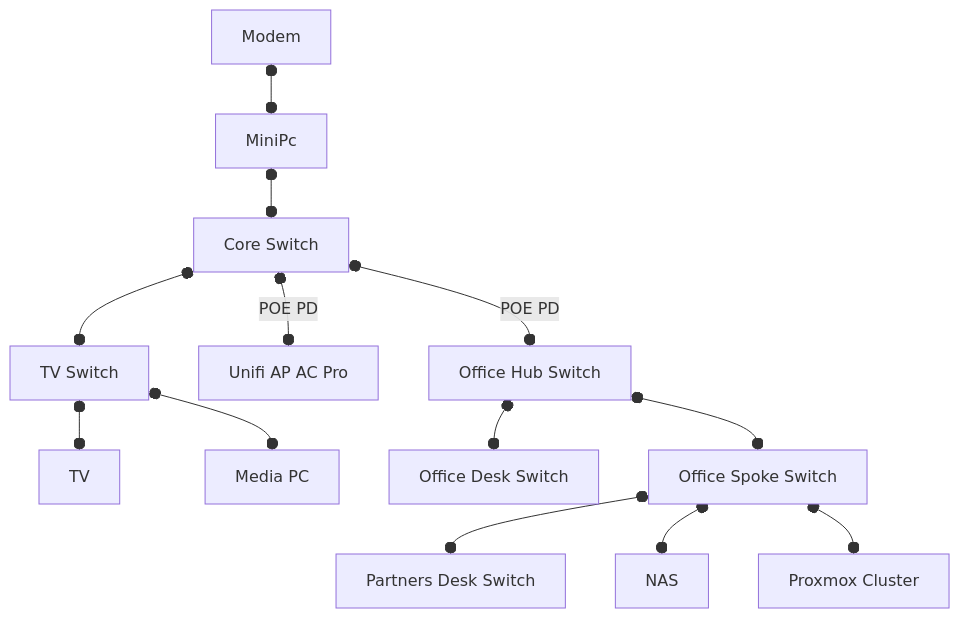
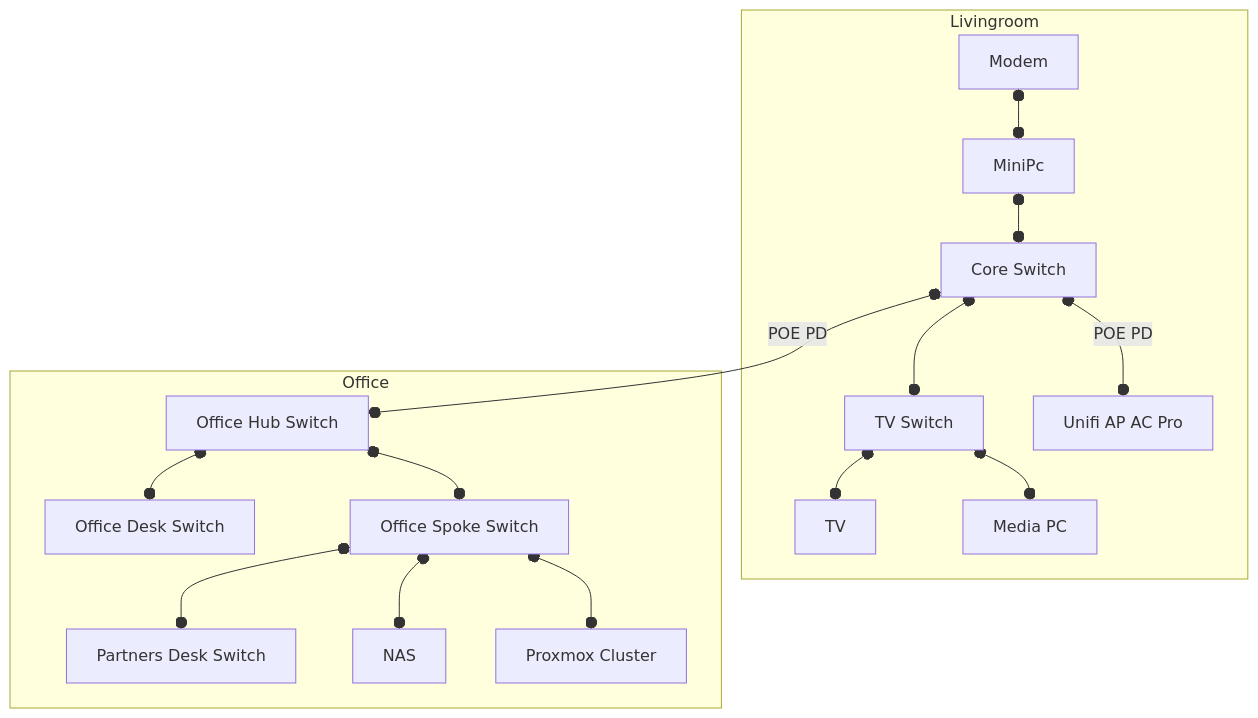
Before and after one commit to Aidenwebb/MiniLab: the diagram in README.md, drawn with Mermaid.

Commit message:
Subgraph Livingroom and Office

````diff
--- a/README.md
+++ b/README.md
@@ -67,16 +67,33 @@
 ```mermaid
 flowchart TD
-    
+    subgraph Livingroom
+      A
+      B
+      C
+      D
+      K
+      E
+      F
+    end
+
+    subgraph Office
+      G
+      H
+      I
+      J
+      L
+      M
+    end
     A[Modem] o--o B[MiniPc]
     B o--o C[Core Switch]
     C o--o D[TV Switch]
     C o-- POE PD --o K[Unifi AP AC Pro]
     D o--o E[TV]
     D o--o F[Media PC]
     C o-- POE PD --o G[Office Hub Switch]
     G o--o H[Office Desk Switch]
     G o--o I[Office Spoke Switch]
     I o--o J[Partners Desk Switch]
     I o--o L[NAS]
     I o--o M[Proxmox Cluster]
 ```
````
